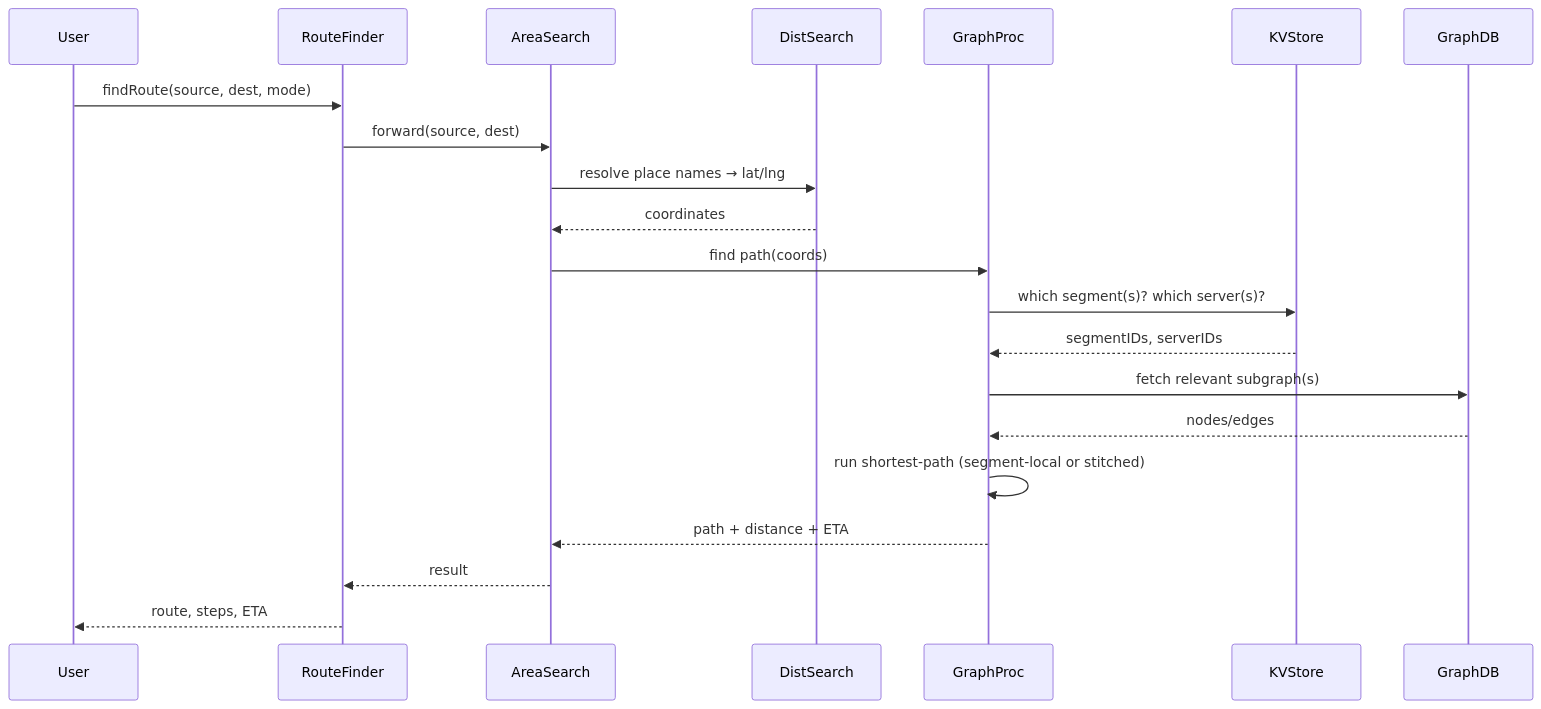
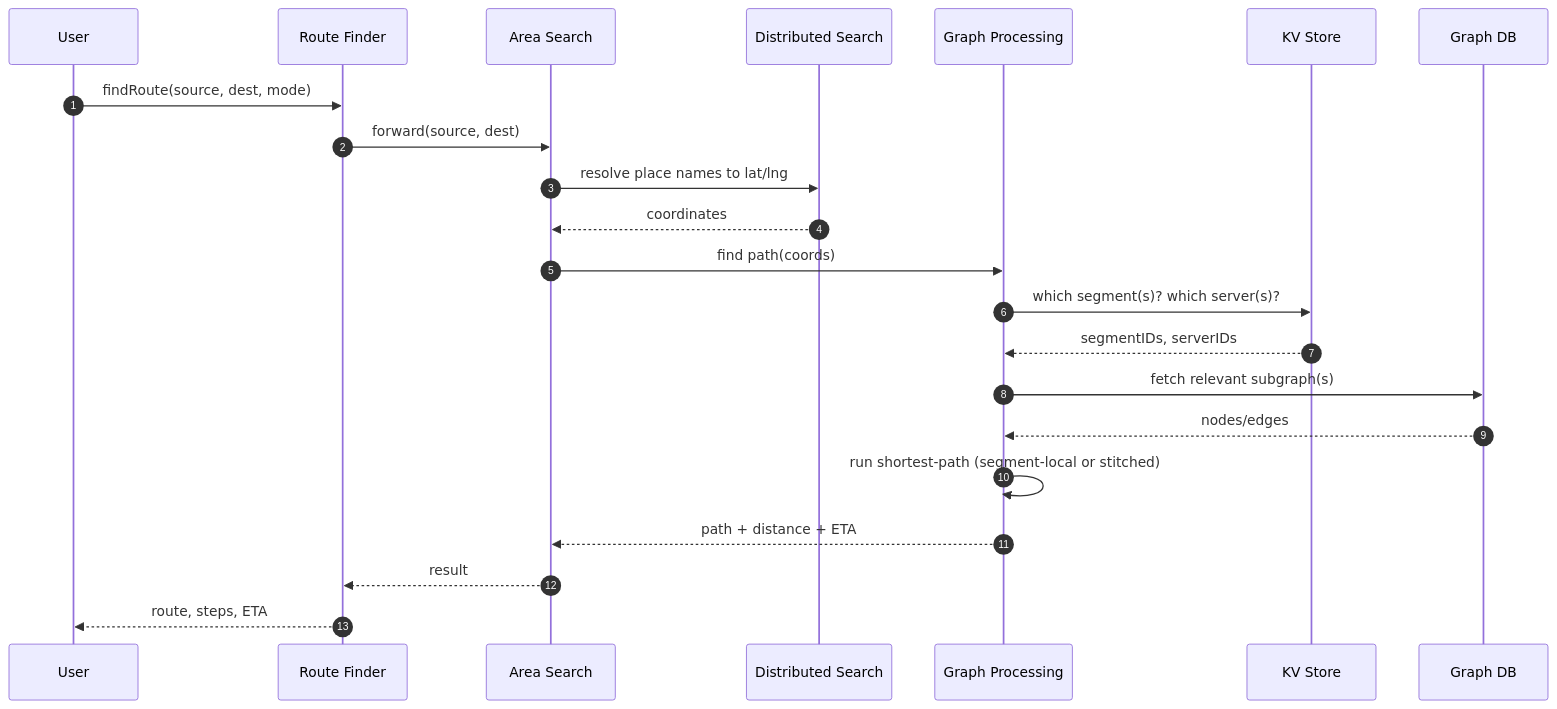
One commit to riyaz-pasha/Learnings changed the sixth of 27 diagrams in system-design/HLD/0-course/28-Design Google Maps-FAANG-Guide.md. Above: the diagram before and after it, drawn with Mermaid. The commit also changed other lines of this file and 1 other file, not shown here.

````diff
--- a/system-design/HLD/0-course/28-Design Google Maps-FAANG-Guide.md
+++ b/system-design/HLD/0-course/28-Design Google Maps-FAANG-Guide.md
@@ -330,24 +408,25 @@
 ```mermaid
 sequenceDiagram
+    autonumber
     participant User
-    participant RouteFinder
-    participant AreaSearch
-    participant DistSearch
-    participant GraphProc
-    participant KVStore
-    participant GraphDB
+    participant RouteFinder as Route Finder
+    participant AreaSearch as Area Search
+    participant DistSearch as Distributed Search
+    participant GraphProc as Graph Processing
+    participant KVStore as KV Store
+    participant GraphDB as Graph DB
 
     User->>RouteFinder: findRoute(source, dest, mode)
     RouteFinder->>AreaSearch: forward(source, dest)
-    AreaSearch->>DistSearch: resolve place names → lat/lng
+    AreaSearch->>DistSearch: resolve place names to lat/lng
     DistSearch-->>AreaSearch: coordinates
     AreaSearch->>GraphProc: find path(coords)
     GraphProc->>KVStore: which segment(s)? which server(s)?
     KVStore-->>GraphProc: segmentIDs, serverIDs
     GraphProc->>GraphDB: fetch relevant subgraph(s)
     GraphDB-->>GraphProc: nodes/edges
     GraphProc->>GraphProc: run shortest-path (segment-local or stitched)
     GraphProc-->>AreaSearch: path + distance + ETA
     AreaSearch-->>RouteFinder: result
     RouteFinder-->>User: route, steps, ETA
 ```
````
